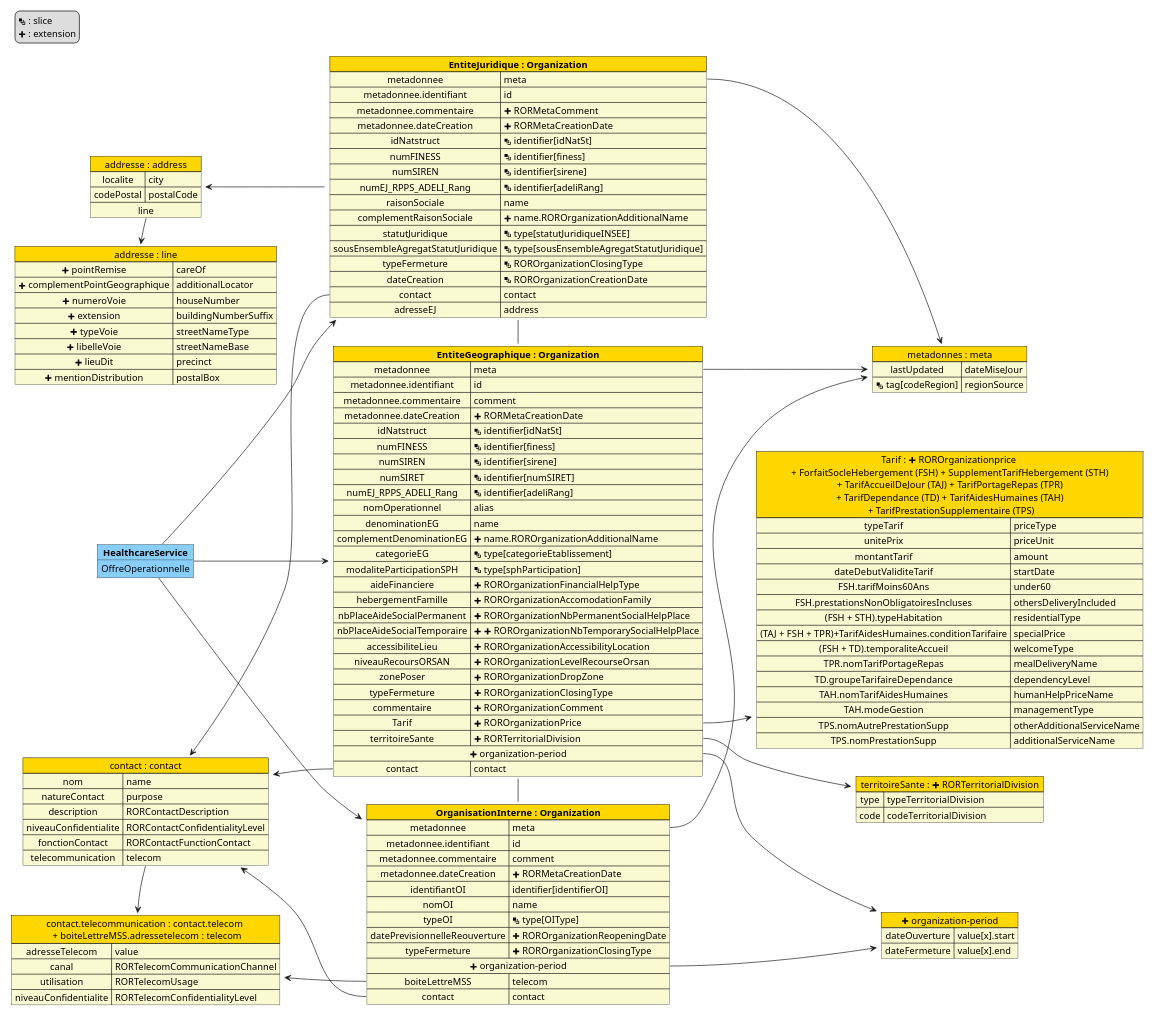
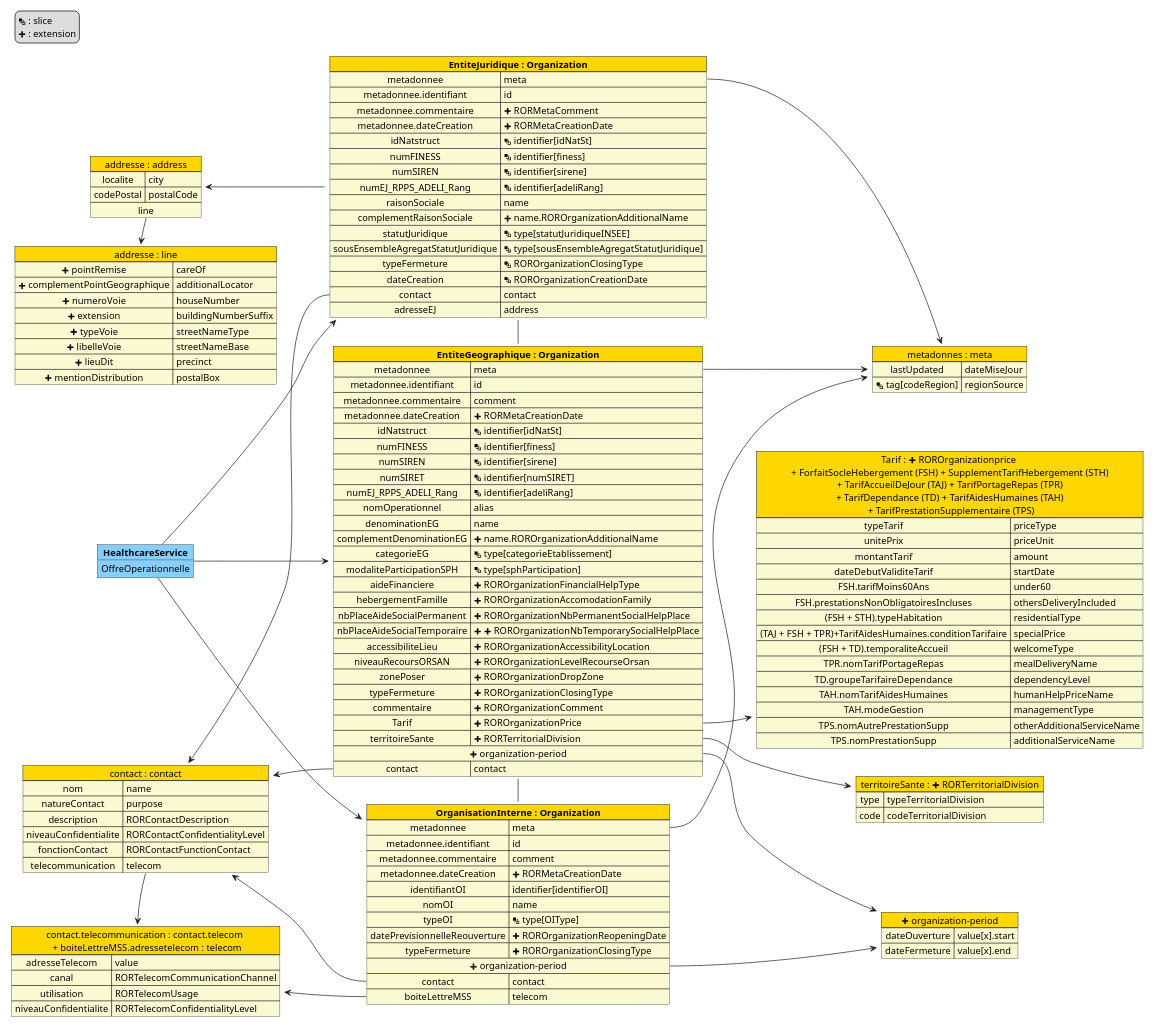
Before and after one commit to ansforge/IG-fhir-repertoire-offre-ressources-sante: the diagram in input/images-source/mapping-Organization.plantuml, drawn with PlantUML. The commit also changed other lines of this file, not shown here.

```diff
--- a/input/images-source/mapping-Organization.plantuml
+++ b/input/images-source/mapping-Organization.plantuml
@@ -1,169 +1,169 @@
 @startuml mapping-Organization
 
 left to right direction
 
 scale 1000 width
 
 legend top left
   <&layers> : slice
   <&plus> : extension
 endlegend
 
 
 map "metadonnes : meta" as meta #back:LightGoldenRodYellow;header:Gold {
     lastUpdated => dateMiseJour 
     <&layers> tag[codeRegion] => regionSource
 }
 
 map "<&plus> organization-period" as period #back:LightGoldenRodYellow;header:Gold {
     dateOuverture => value[x].start
     dateFermeture => value[x].end
 }
 
 map "territoireSante : <&plus> RORTerritorialDivision" as RORTerritorialDivision #back:LightGoldenRodYellow;header:Gold {
     type => typeTerritorialDivision
     code => codeTerritorialDivision
 }
 
 map "Tarif : <&plus> ROROrganizationprice \n +  ForfaitSocleHebergement (FSH) + SupplementTarifHebergement (STH) \n + TarifAccueilDeJour (TAJ) + TarifPortageRepas (TPR) \n + TarifDependance (TD) + TarifAidesHumaines (TAH) \n + TarifPrestationSupplementaire (TPS)" as ROROrganizationPrice #back:LightGoldenRodYellow;header:Gold {
     typeTarif => priceType
     unitePrix => priceUnit
     montantTarif => amount
     dateDebutValiditeTarif => startDate
     FSH.tarifMoins60Ans => under60
     FSH.prestationsNonObligatoiresIncluses => deliveryIncluded
     FSH.prestationsNonObligatoiresIncluses => othersDeliveryIncluded
     (FSH + STH).typeHabitation => residentialType
     (TAJ + FSH + TPR)+TarifAidesHumaines.conditionTarifaire => specialPrice
     (FSH + TD).temporaliteAccueil => welcomeType
     TPR.nomTarifPortageRepas => mealDeliveryName
     TD.groupeTarifaireDependance => dependencyLevel
     TAH.nomTarifAidesHumaines => humanHelpPriceName
     TAH.modeGestion => managementType
     TPS.nomAutrePrestationSupp => otherAdditionalServiceName
     TPS.nomPrestationSupp => additionalServiceName
 }
 
 map "contact : contact" as contact #back:LightGoldenRodYellow;header:Gold {
     nom => name
     natureContact => purpose
     description => RORContactDescription
     niveauConfidentialite => RORContactConfidentialityLevel
     fonctionContact => RORContactFunctionContact
     telecommunication => telecom
 }
 
 map "contact.telecommunication : contact.telecom \n + boiteLettreMSS.adressetelecom : telecom" as telecom #back:LightGoldenRodYellow;header:Gold {
     adresseTelecom => value
     canal => RORTelecomCommunicationChannel
     utilisation => RORTelecomUsage
     niveauConfidentialite => RORTelecomConfidentialityLevel
 }
 map "addresse : line" as addressLine #back:LightGoldenRodYellow;header:Gold {
     <&plus> pointRemise => careOf
     <&plus> complementPointGeographique => additionalLocator
     <&plus> numeroVoie => houseNumber
     <&plus> extension => buildingNumberSuffix
     <&plus> typeVoie => streetNameType
     <&plus> libelleVoie => streetNameBase
     <&plus> lieuDit => precinct
     <&plus> mentionDistribution => postalBox
 }
 
 map "addresse : address" as address #back:LightGoldenRodYellow;header:Gold {
     localite => city
     codePostal => postalCode
     line *-> addressLine
 }
 
 
 map "**EntiteJuridique : Organization**" as EJ #back:LightGoldenRodYellow;header:Gold {
     metadonnee => meta 
     metadonnee.identifiant => id
     metadonnee.commentaire => <&plus> RORMetaComment
     metadonnee.dateCreation => <&plus> RORMetaCreationDate
     idNatstruct => <&layers> identifier[idNatSt]
     numFINESS => <&layers> identifier[finess]
     numSIREN => <&layers> identifier[sirene]
     numEJ_RPPS_ADELI_Rang => <&layers> identifier[rppsRang]
     numEJ_RPPS_ADELI_Rang => <&layers> identifier[adeliRang]
     raisonSociale => name
     complementRaisonSociale => <&plus> name.ROROrganizationAdditionalName
     statutJuridique => <&layers> type[statutJuridiqueINSEE]
     sousEnsembleAgregatStatutJuridique => <&layers> type[sousEnsembleAgregatStatutJuridique]
     typeFermeture => <&layers> ROROrganizationClosingType
     dateCreation => <&layers> ROROrganizationCreationDate
     contact => contact
     adresseEJ => address
 }
 
 map "**EntiteGeographique : Organization**" as EG #back:LightGoldenRodYellow;header:Gold {
     metadonnee => meta 
     metadonnee.identifiant => id
     metadonnee.commentaire => comment
     metadonnee.dateCreation => <&plus> RORMetaCreationDate
     idNatstruct => <&layers> identifier[idNatSt]
     numFINESS => <&layers> identifier[finess]
     numSIREN => <&layers> identifier[sirene]
     numSIRET => <&layers> identifier[numSIRET]
     numEJ_RPPS_ADELI_Rang => <&layers> identifier[rppsRang]
     numEJ_RPPS_ADELI_Rang => <&layers> identifier[adeliRang]
     nomOperationnel => alias
     denominationEG => name
     complementDenominationEG => <&plus> name.ROROrganizationAdditionalName
     categorieEG => <&layers> type[categorieEtablissement] 
     modaliteParticipationSPH => <&layers> type[sphParticipation]
     aideFinanciere => <&plus> ROROrganizationFinancialHelpType
     hebergementFamille => <&plus> ROROrganizationAccomodationFamily
     nbPlaceAideSocialPermanent => <&plus> ROROrganizationNbPermanentSocialHelpPlace
     nbPlaceAideSocialTemporaire => <&plus> <&plus> ROROrganizationNbTemporarySocialHelpPlace
     accessibiliteLieu => <&plus> ROROrganizationAccessibilityLocation
     niveauRecoursORSAN => <&plus> ROROrganizationLevelRecourseOrsan
     zonePoser => <&plus> ROROrganizationDropZone
     typeFermeture => <&plus> ROROrganizationClosingType
     commentaire => <&plus> ROROrganizationComment
     Tarif => <&plus> ROROrganizationPrice
     territoireSante => <&plus> RORTerritorialDivision
     <&plus> organization-period *--> period
     contact => contact
 }
 
 map "**OrganisationInterne : Organization**" as OI #back:LightGoldenRodYellow;header:Gold {
     metadonnee => meta 
     metadonnee.identifiant => id
     metadonnee.commentaire => comment
     metadonnee.dateCreation => <&plus> RORMetaCreationDate
     identifiantOI => identifier[identifierOI]
     nomOI => name
     typeOI => <&layers> type[OIType]
     datePrevisionnelleReouverture => <&plus> ROROrganizationReopeningDate
     typeFermeture => <&plus> ROROrganizationClosingType
     <&plus> organization-period *--> period
+    contact => contact
     boiteLettreMSS => telecom
-    contact => contact
 }
 
 EJ::metadonnee --> meta
 EG::metadonnee --> meta
 OI::metadonnee --> meta
 contact <-- EJ::contact
 contact <-- EG::contact
 contact <-- OI::contact
 contact::telecommunication -> telecom
 telecom <-- OI::boiteLettreMSS
 address <-- EJ::adresse
 EG::territoireSante --> RORTerritorialDivision
 EG::Tarif --> ROROrganizationPrice
 
 
 object "**HealthcareService**" as HS #LightSkyBlue {
     OffreOperationnelle
 }
 
 HS --> EJ
 HS --> EG
 HS --> OI
 EJ - EG 
 EG - OI
 
 @enduml
```
